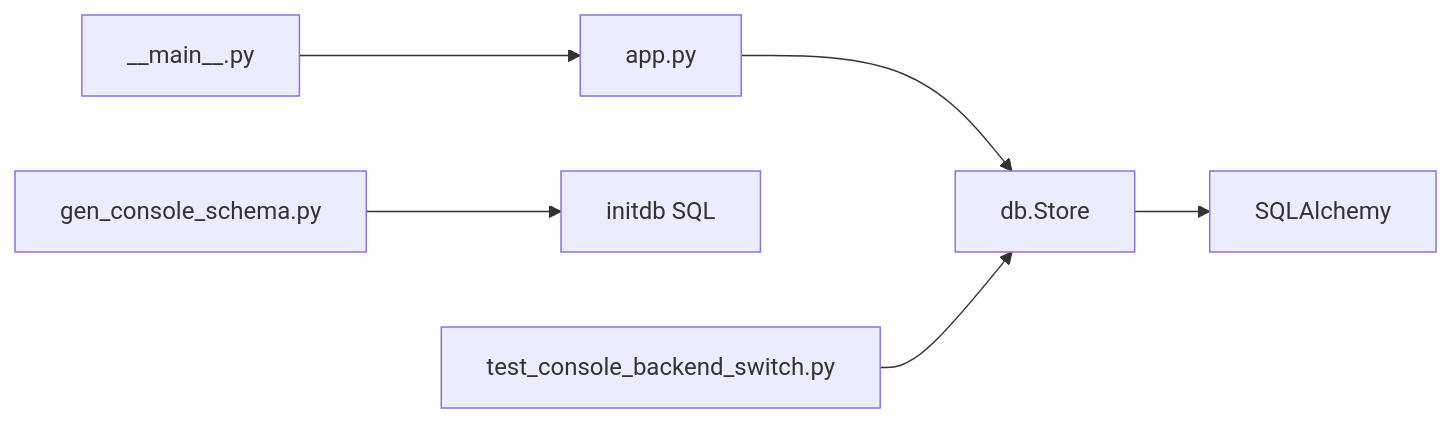
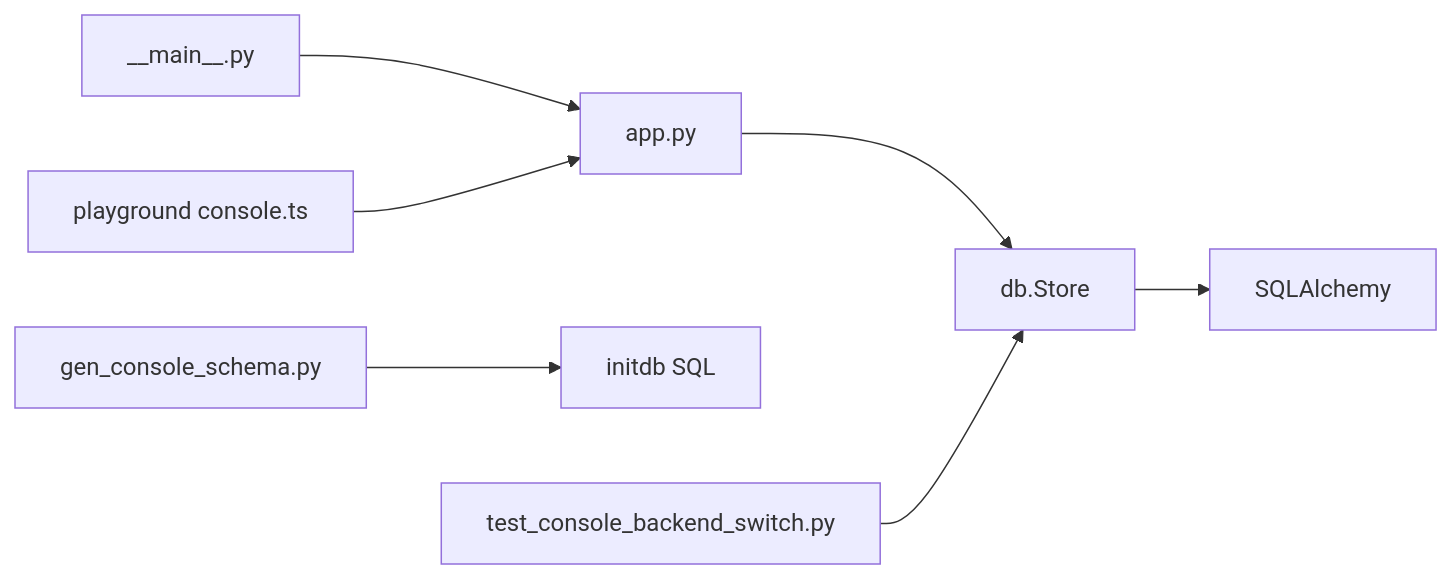
One commit to joezxh/kev changed diagram 15 of 15 in .qoder/repowiki/zh/content/训练框架/控制台数据库持久化系统.md. Above: the diagram before and after it, drawn with Mermaid. The commit also changed other lines of this file and 124 other files, not shown here.

````diff
--- a/.qoder/repowiki/zh/content/训练框架/控制台数据库持久化系统.md
+++ b/.qoder/repowiki/zh/content/训练框架/控制台数据库持久化系统.md
@@ -316,8 +536,9 @@
 ```mermaid
 graph LR
 Main["__main__.py"] --> App["app.py"]
 App --> Store["db.Store"]
 Store --> SA["SQLAlchemy"]
 Gen["gen_console_schema.py"] --> Init["initdb SQL"]
 Test["test_console_backend_switch.py"] --> Store
+Frontend["playground console.ts"] --> App
 ```
````
